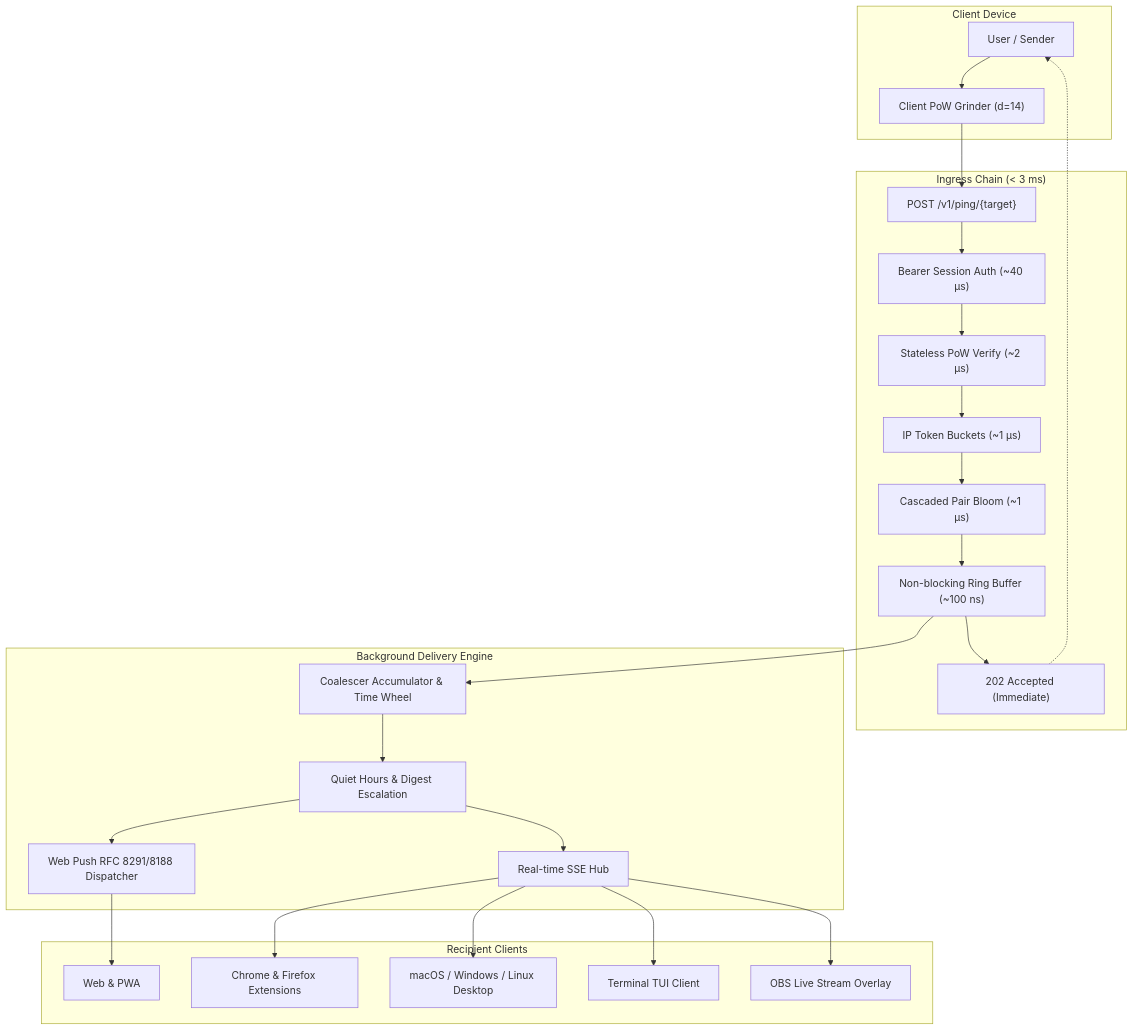
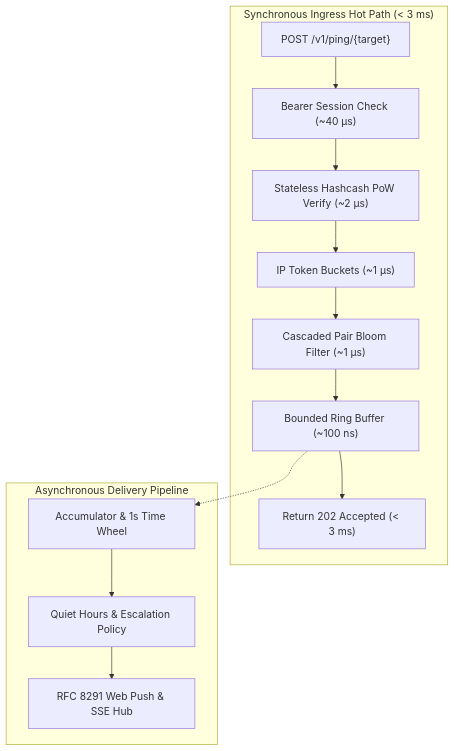
One commit to halpworld/halpcheers changed the diagram in README.md. Above: the diagram before and after it, drawn with Mermaid. The commit also changed other lines of this file and 6 other files, not shown here.

````diff
--- a/README.md
+++ b/README.md
@@ -28,53 +154,17 @@
 ```mermaid
 flowchart TD
-    subgraph Client ["Client Device"]
-        User["User / Sender"]
-        PoW["Client PoW Grinder (d=14)"]
+    subgraph HotPath ["Synchronous Ingress Hot Path (< 3 ms)"]
+        Req["POST /v1/ping/{target}"] --> Auth["Bearer Session Check (~40 µs)"]
+        Auth --> PoW["Stateless Hashcash PoW Verify (~2 µs)"]
+        PoW --> Bucket["IP Token Buckets (~1 µs)"]
+        Bucket --> Bloom["Cascaded Pair Bloom Filter (~1 µs)"]
+        Bloom --> Queue["Bounded Ring Buffer (~100 ns)"]
+        Queue --> Res["Return 202 Accepted (< 3 ms)"]
     end
 
-    subgraph Ingress ["Ingress Chain (< 3 ms)"]
-        Req["POST /v1/ping/{target}"]
-        Auth["Bearer Session Auth (~40 µs)"]
-        PoWVerify["Stateless PoW Verify (~2 µs)"]
-        RateLimit["IP Token Buckets (~1 µs)"]
-        Bloom["Cascaded Pair Bloom (~1 µs)"]
-        Queue["Non-blocking Ring Buffer (~100 ns)"]
-        Res202["202 Accepted (Immediate)"]
+    subgraph AsyncPipeline ["Asynchronous Delivery Pipeline"]
+        Queue -.-> Accum["Accumulator & 1s Time Wheel"]
+        Accum --> Quiet["Quiet Hours & Escalation Policy"]
+        Quiet --> Dispatcher["RFC 8291 Web Push & SSE Hub"]
     end
-
-    subgraph AsyncPipeline ["Background Delivery Engine"]
-        Coalesce["Coalescer Accumulator & Time Wheel"]
-        QuietHours["Quiet Hours & Digest Escalation"]
-        WebPush["Web Push RFC 8291/8188 Dispatcher"]
-        SSEHub["Real-time SSE Hub"]
-    end
-
-    subgraph Recipients ["Recipient Clients"]
-        WebRecv["Web & PWA"]
-        ExtRecv["Chrome & Firefox Extensions"]
-        DeskRecv["macOS / Windows / Linux Desktop"]
-        TUIRecv["Terminal TUI Client"]
-        Overlay["OBS Live Stream Overlay"]
-    end
-
-    User --> PoW
-    PoW --> Req
-    Req --> Auth
-    Auth --> PoWVerify
-    PoWVerify --> RateLimit
-    RateLimit --> Bloom
-    Bloom --> Queue
-    Queue --> Res202
-    Res202 -.-> User
-
-    Queue --> Coalesce
-    Coalesce --> QuietHours
-    QuietHours --> WebPush
-    QuietHours --> SSEHub
-
-    WebPush --> WebRecv
-    SSEHub --> ExtRecv
-    SSEHub --> DeskRecv
-    SSEHub --> TUIRecv
-    SSEHub --> Overlay
 ```
````
